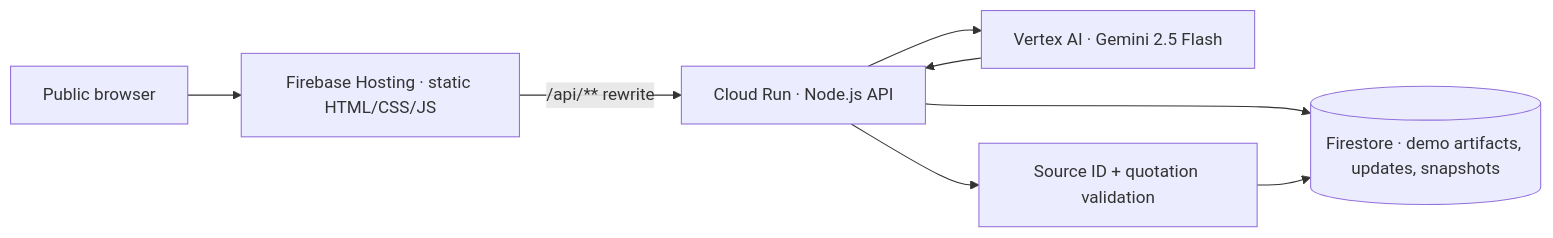
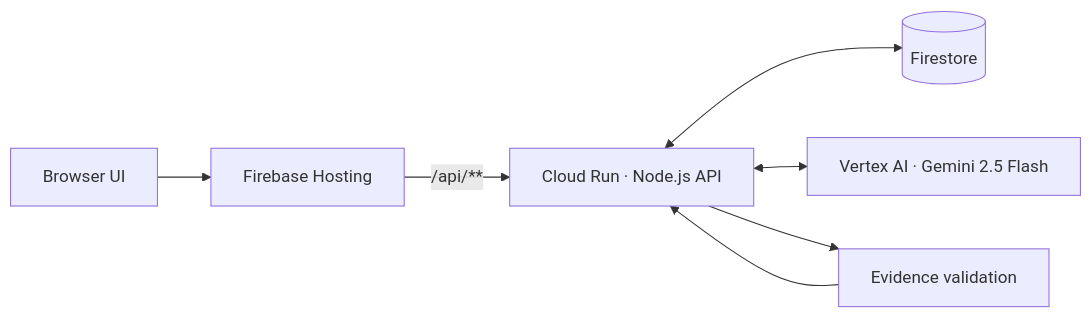
The diagram in README.md (devPaulX/signalfoundry-work-continuity-agent), drawn with Mermaid before and after one commit. The commit also changed other lines of this file, not shown here.

````diff
--- a/README.md
+++ b/README.md
@@ -11,10 +21,9 @@
 ```mermaid
 flowchart LR
-  Browser[Public browser] --> Hosting[Firebase Hosting · static HTML/CSS/JS]
-  Hosting -->|/api/** rewrite| Run[Cloud Run · Node.js API]
-  Run --> Firestore[(Firestore · demo artifacts, updates, snapshots)]
-  Run --> Gemini[Vertex AI · Gemini 2.5 Flash]
-  Gemini --> Run
-  Run --> Validate[Source ID + quotation validation]
-  Validate --> Firestore
+  Browser[Browser UI] --> Hosting[Firebase Hosting]
+  Hosting -->|/api/**| Run[Cloud Run · Node.js API]
+  Run <--> Firestore[(Firestore)]
+  Run <--> Gemini[Vertex AI · Gemini 2.5 Flash]
+  Run --> Validate[Evidence validation]
+  Validate --> Run
 ```
````
